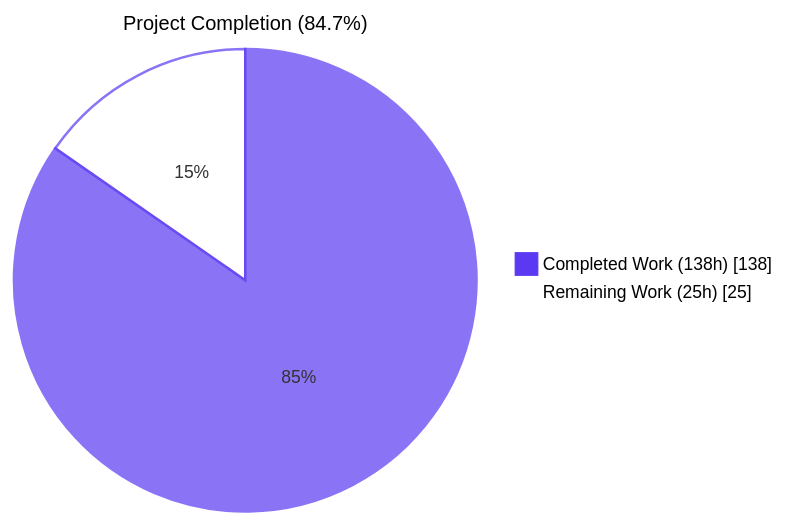
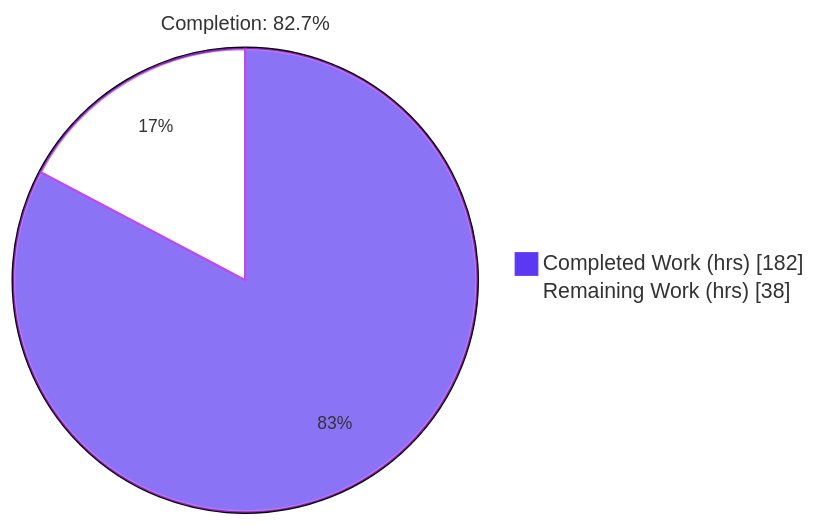
Before and after one commit to Blitzy-Sandbox/blitzy-ArkCase: the first of 3 diagrams in blitzy/documentation/Project Guide.md, drawn with Mermaid. The commit also changed other lines of this file, not shown here.

Commit message:
Adding Blitzy Project Guide: Project Status and Human Tasks Remaining

````diff
--- a/blitzy/documentation/Project Guide.md
+++ b/blitzy/documentation/Project Guide.md
@@ -18,7 +19,6 @@
 ```mermaid
-%%{init: {'pie': {'textPosition': 0.5}, 'themeVariables': {'pieOuterStrokeWidth': '0px', 'pie1': '#5B39F3', 'pie2': '#FFFFFF', 'pieStrokeColor': '#5B39F3', 'pieTitleTextSize': '16px', 'pieSectionTextSize': '14px', 'pieLegendTextSize': '14px'}}}%%
-pie showData
-    title Project Completion (84.7%)
-    "Completed Work (138h)" : 138
-    "Remaining Work (25h)" : 25
+%%{init: {'theme':'base', 'themeVariables': {'pie1':'#5B39F3','pie2':'#FFFFFF','pieStrokeColor':'#B23AF2','pieStrokeWidth':'2px','pieOuterStrokeWidth':'2px','pieTitleTextSize':'16px','pieSectionTextSize':'14px'}}}%%
+pie showData title Completion: 82.7%
+    "Completed Work (hrs)" : 182
+    "Remaining Work (hrs)" : 38
 ```
````
